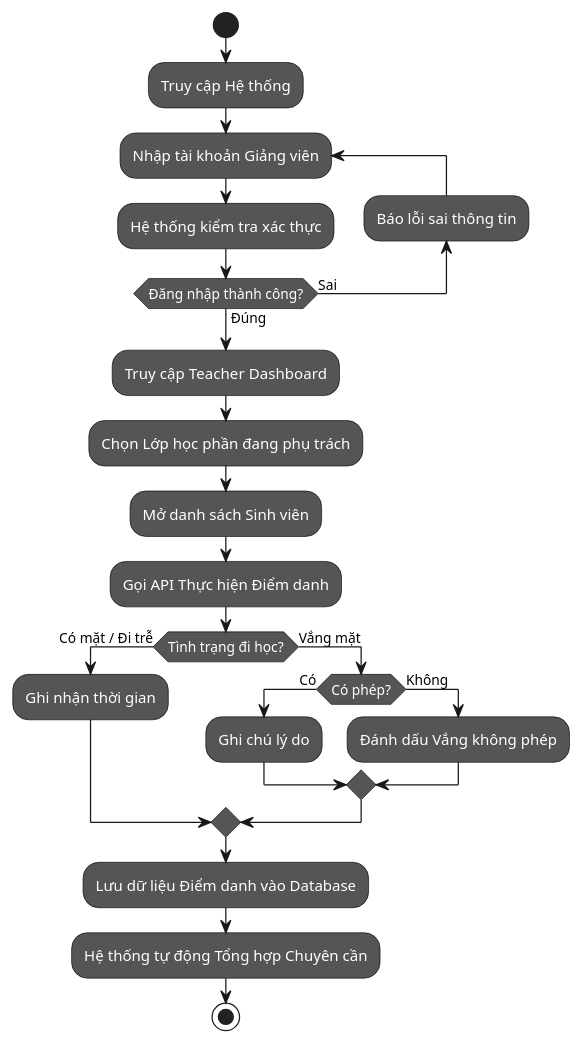
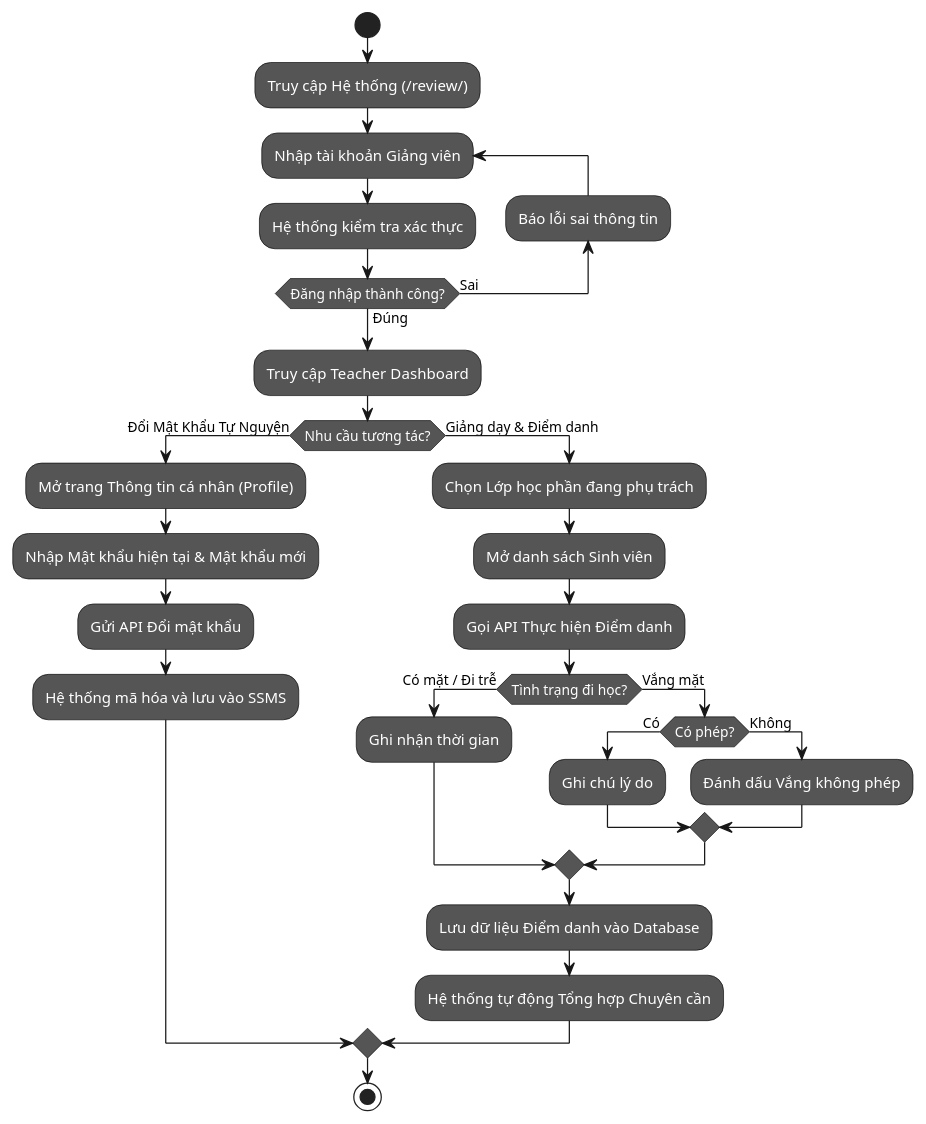
The third of 5 diagrams in docs/Diagram.md (NguyenHao1312/DO_NGUYEN_HAO-24CT1-CNPM), drawn with PlantUML before and after one commit. The commit also changed other lines of this file and 28 other files, not shown here.

First line of the commit message:
feat(admission): implement online admission portal, gmail otp, student id issuance & password change flow

````diff
--- a/docs/Diagram.md
+++ b/docs/Diagram.md
@@ -198,39 +243,46 @@
 ```plantuml
 @startuml
 skinparam activity {
   BackgroundColor #555555
   FontColor White
   BorderColor Black
 }
 skinparam activityDiamond {
   BackgroundColor #555555
   FontColor White
   BorderColor Black
 }
 start
-:Truy cập Hệ thống;
+:Truy cập Hệ thống (/review/);
 repeat :Nhập tài khoản Giảng viên;
   :Hệ thống kiểm tra xác thực;
 backward:Báo lỗi sai thông tin;
 repeat while (Đăng nhập thành công?) is (Sai) not (Đúng)
 
 :Truy cập Teacher Dashboard;
-:Chọn Lớp học phần đang phụ trách;
-:Mở danh sách Sinh viên;
-:Gọi API Thực hiện Điểm danh;
+if (Nhu cầu tương tác?) then (Đổi Mật Khẩu Tự Nguyện)
+  :Mở trang Thông tin cá nhân (Profile);
+  :Nhập Mật khẩu hiện tại & Mật khẩu mới;
+  :Gửi API Đổi mật khẩu;
+  :Hệ thống mã hóa và lưu vào SSMS;
+else (Giảng dạy & Điểm danh)
+  :Chọn Lớp học phần đang phụ trách;
+  :Mở danh sách Sinh viên;
+  :Gọi API Thực hiện Điểm danh;
 
-if (Tình trạng đi học?) then (Có mặt / Đi trễ)
-  :Ghi nhận thời gian;
-else (Vắng mặt)
-  if (Có phép?) then (Có)
-    :Ghi chú lý do;
-  else (Không)
-    :Đánh dấu Vắng không phép;
+  if (Tình trạng đi học?) then (Có mặt / Đi trễ)
+    :Ghi nhận thời gian;
+  else (Vắng mặt)
+    if (Có phép?) then (Có)
+      :Ghi chú lý do;
+    else (Không)
+      :Đánh dấu Vắng không phép;
+    endif
   endif
+
+  :Lưu dữ liệu Điểm danh vào Database;
+  :Hệ thống tự động Tổng hợp Chuyên cần;
 endif
-
-:Lưu dữ liệu Điểm danh vào Database;
-:Hệ thống tự động Tổng hợp Chuyên cần;
 stop
 @enduml
 ```
````
